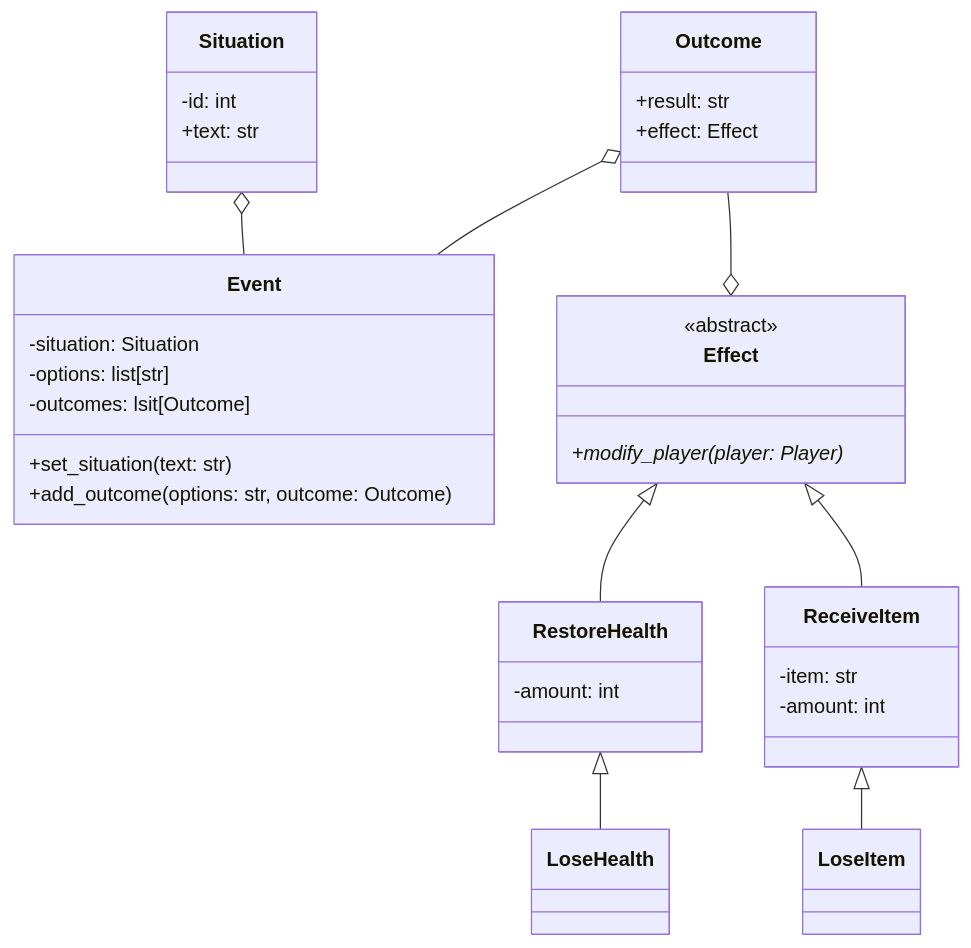
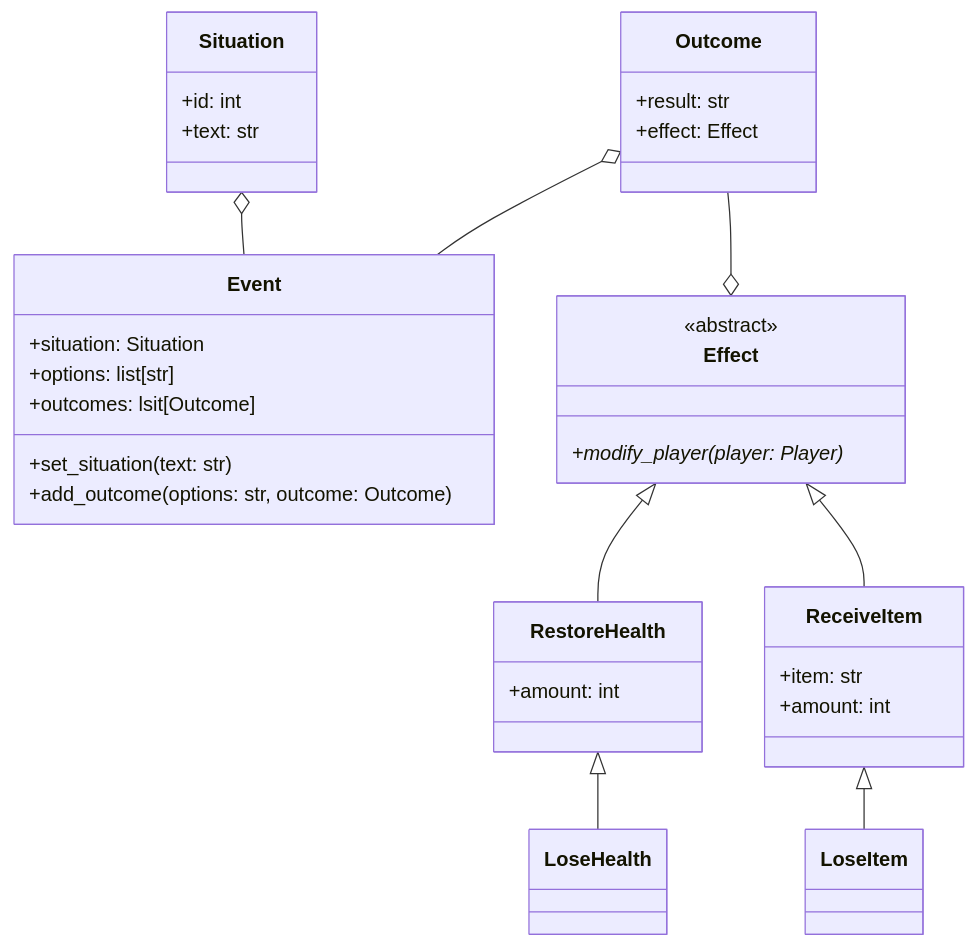
One commit to Flame753/ARPG changed the diagram in Diagrams/event.md. Above: the diagram before and after it, drawn with Mermaid.

Commit message:
fixed visibility

````diff
--- a/Diagrams/event.md
+++ b/Diagrams/event.md
@@ -1,43 +1,43 @@
 ```mermaid
 classDiagram
     class Effect{
         <<abstract>>
         +modify_player(player: Player)*
     }
     class RestoreHealth{
-        -amount: int
+        +amount: int
     }
     class ReceiveItem{
-        -item: str
-        -amount: int
+        +item: str
+        +amount: int
     }
 
     Effect <|-- RestoreHealth 
     RestoreHealth <|-- LoseHealth
     Effect <|-- ReceiveItem 
     ReceiveItem <|-- LoseItem 
 
 
     class Situation{
-        -id: int
+        +id: int
         +text: str
     }
 
     class Outcome{
         +result: str
         +effect: Effect
     }
 
     class Event{
-        -situation: Situation
-        -options: list[str]
-        -outcomes: lsit[Outcome]
+        +situation: Situation
+        +options: list[str]
+        +outcomes: lsit[Outcome]
         +set_situation(text: str)
         +add_outcome(options: str, outcome: Outcome)
     }
 
     Situation o-- Event
     Outcome o-- Event
     Outcome --o Effect
         
 ```
````
